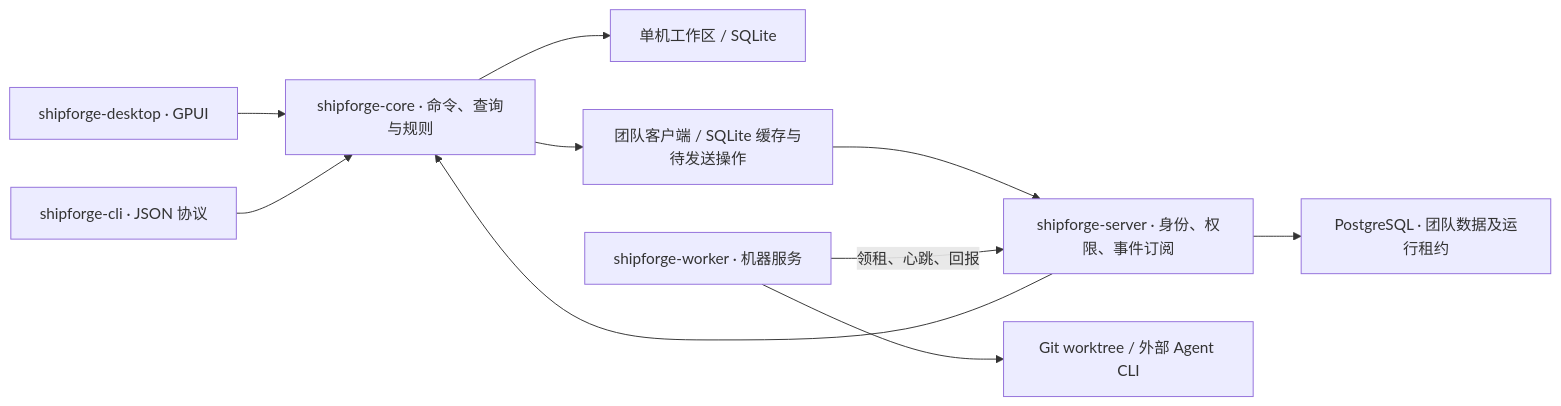
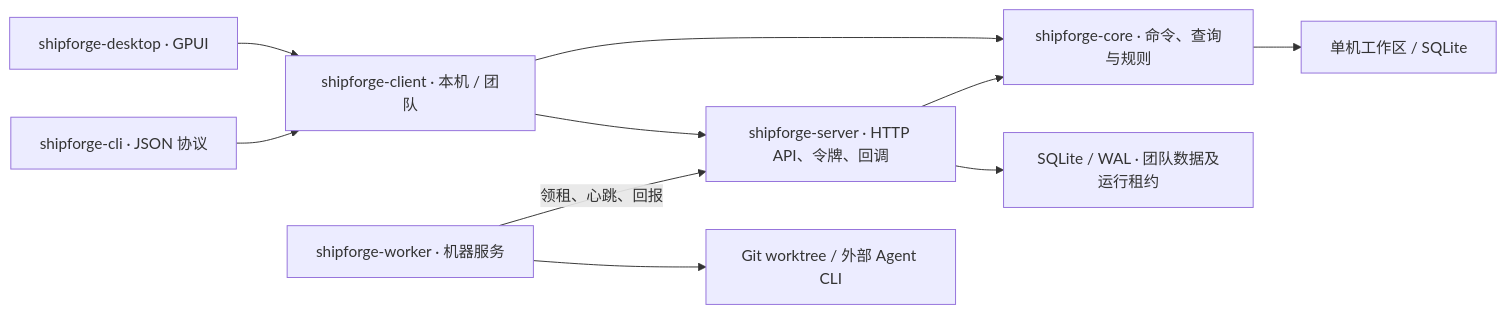
One commit to Hubujiu/ShipForge changed the diagram in docs/architecture.md. Above: the diagram before and after it, drawn with Mermaid. The commit also changed other lines of this file and 208 other files, not shown here.

````diff
--- a/docs/architecture.md
+++ b/docs/architecture.md
@@ -7,12 +7,12 @@
 ```mermaid
 flowchart LR
-  UI["shipforge-desktop · GPUI"] --> C["shipforge-core · 命令、查询与规则"]
-  CLI["shipforge-cli · JSON 协议"] --> C
+  UI["shipforge-desktop · GPUI"] --> Client["shipforge-client · 本机 / 团队"]
+  CLI["shipforge-cli · JSON 协议"] --> Client
   C --> Local["单机工作区 / SQLite"]
-  C --> Client["团队客户端 / SQLite 缓存与待发送操作"]
-  Client --> Server["shipforge-server · 身份、权限、事件订阅"]
+  Client --> C["shipforge-core · 命令、查询与规则"]
+  Client --> Server["shipforge-server · HTTP API、令牌、回调"]
   Server --> C
-  Server --> Store["PostgreSQL · 团队数据及运行租约"]
+  Server --> Store["SQLite / WAL · 团队数据及运行租约"]
   Machine["shipforge-worker · 机器服务"] -->|领租、心跳、回报| Server
   Machine --> Tools["Git worktree / 外部 Agent CLI"]
 ```
````
